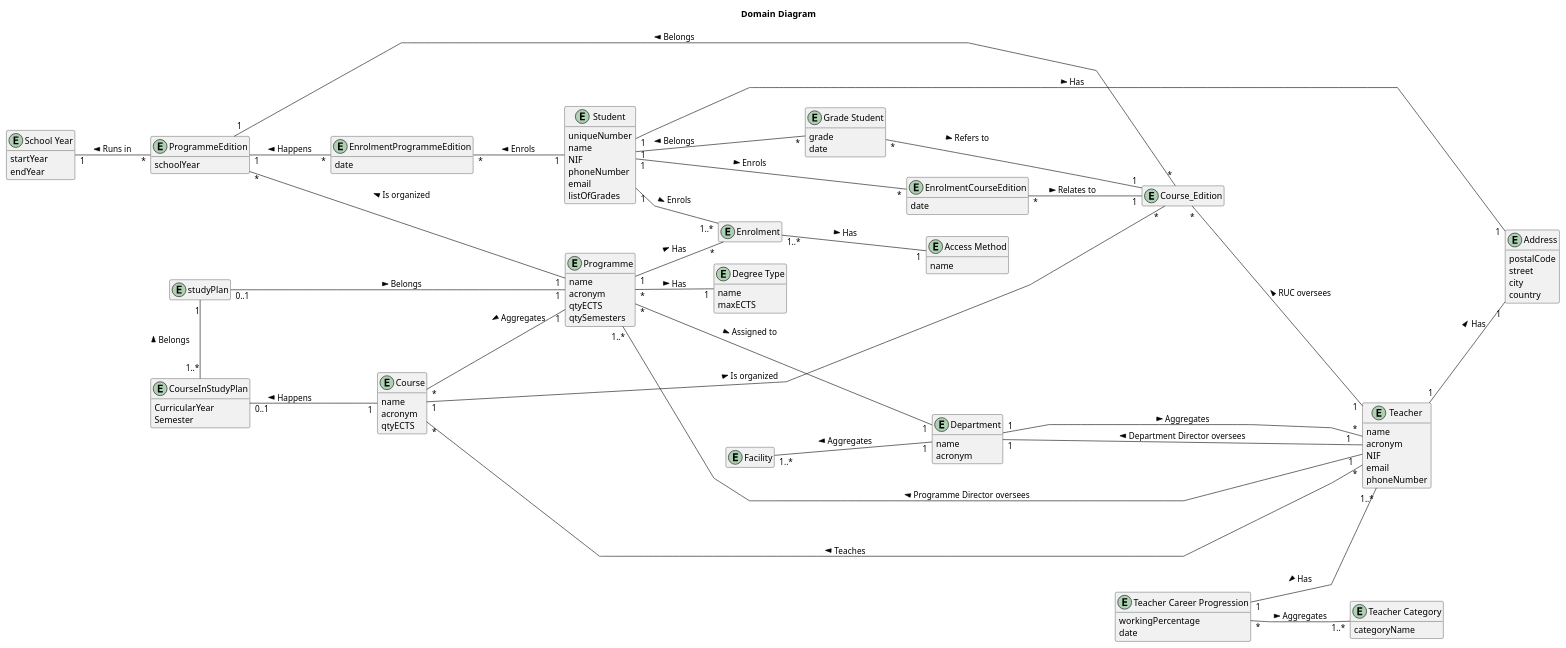
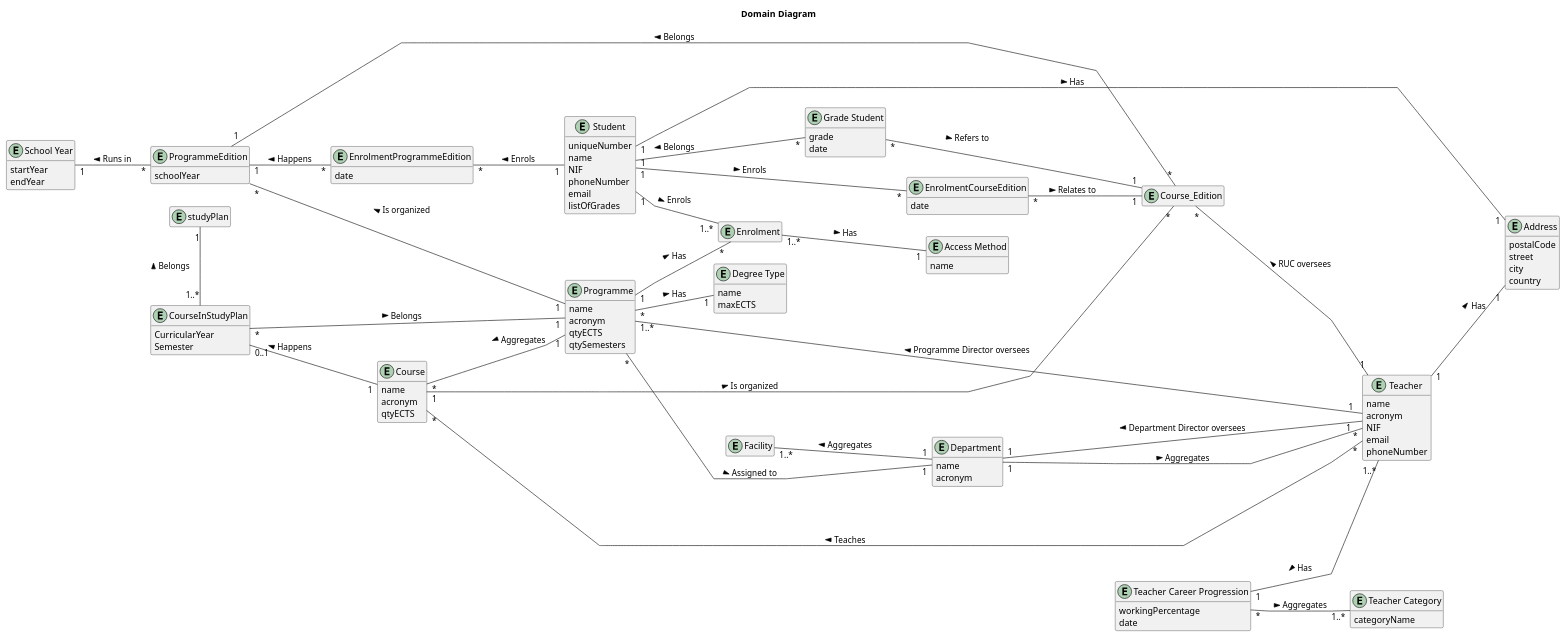
The diagram in docs/Sprint_2/Sprint2DomainDiagram.puml (GasparISEP/DevOps-PAI), drawn with PlantUML before and after one commit.

Commit message:
Updated Domain Diagram.

```diff
--- a/docs/Sprint_2/Sprint2DomainDiagram.puml
+++ b/docs/Sprint_2/Sprint2DomainDiagram.puml
@@ -1,138 +1,138 @@
 @startuml
 skinparam linetype polyline
 left to right direction
 hide empty methods
 hide empty members
 title "Domain Diagram"
 
 ' Entities
 entity Facility {
 }
 
 entity "School Year" {
   startYear
   endYear
 }
 
 entity Department {
   name
   acronym
 }
 
 entity Course {
   name
   acronym
   qtyECTS
 }
 
 entity Course_Edition {
 }
 
 entity Address {
   postalCode
   street
   city
   country
 }
 
 entity "Teacher Category" {
   categoryName
 }
 
 entity Teacher {
   name
   acronym
   NIF
   email
   phoneNumber
 }
 
 entity Programme {
   name
   acronym
   qtyECTS
   qtySemesters
 }
 
 entity ProgrammeEdition {
   schoolYear
 }
 entity Enrolment {
 }
 
 entity EnrolmentProgrammeEdition {
    date
 }
 
 entity EnrolmentCourseEdition {
    date
 }
 
 entity Student {
   uniqueNumber
   name
   NIF
   phoneNumber
   email
   listOfGrades
 }
 
 entity "Degree Type" {
   name
   maxECTS
 }
 
 entity "Access Method" {
   name
 }
 
 entity "Grade Student" {
   grade
   date
 }
 
 entity "studyPlan" {
 }
 
 entity "Teacher Career Progression" {
   workingPercentage
   date
 }
 
 entity "CourseInStudyPlan" {
   CurricularYear
   Semester
 }
 
 
 Facility "1..*" -- "1" Department : Aggregates <
 Department "1" --- "1   " Teacher : Department Director oversees <
 Department "1" --- "*" Teacher : Aggregates >
 Course "*" -- "*" Teacher : Teaches <
 Course_Edition "*" -- "1" Teacher : RUC oversees <
 Course "1" ----- "*" Course_Edition : > Is organized
 Programme "1" -left- "*" Course : > Aggregates
-"studyPlan" "0..1" -- "1" Programme : > Belongs
+"CourseInStudyPlan" "*" -- "1" Programme : > Belongs
 "studyPlan" "1" --right-- "1..*" "CourseInStudyPlan" : \n\n< Belongs\n\n
 "CourseInStudyPlan" "0..1" -- "1" Course : < Happens
 ProgrammeEdition "1" -- "*" Course_Edition : < Belongs
 "School Year" "1" -- "*" ProgrammeEdition : < Runs in
 Address "1" -up- "1" Student : Has <
 Teacher "1" -- "1" Address : Has >
 "Teacher Career Progression" "*" -- "1..*" "Teacher Category" : Aggregates >
 Programme "1" -- "*" Enrolment : Has >
 ProgrammeEdition "*" -- "1" Programme : < Is organized
 ProgrammeEdition "1" -- "*" EnrolmentProgrammeEdition : < Happens
 EnrolmentProgrammeEdition "*" -- "1" Student : < Enrols
 Student "1" --- "*" EnrolmentCourseEdition : > Enrols
 EnrolmentCourseEdition "*" -- "1" Course_Edition : > Relates to
 Programme "*" -- "1" Department : Assigned to >
 Student "1" -- "*" "Grade Student" : < Belongs
 "Grade Student" "*" -- "1" Course_Edition : > Refers to
 
 Programme "1..*" -- "1  " Teacher : Programme Director oversees <
 Programme "*" -- "1" "Degree Type" : Has >
 Student "1" -- "1..*" Enrolment : Enrols >
 Enrolment "1..*" -- "1" "Access Method" : Has >
 "Teacher Career Progression" "1" -- "1..*" "Teacher" : Has <
 @enduml
```
